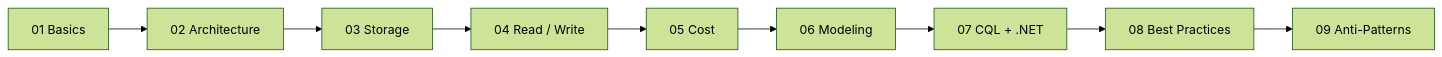
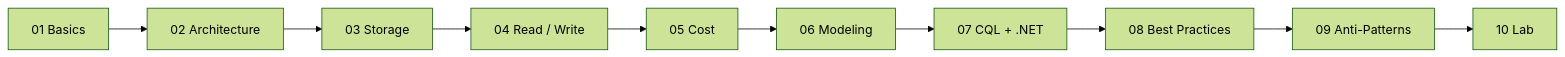
Before and after one commit to wesamkhateeb98-creator/cassandra-guide: the diagram in README.md, drawn with Mermaid (forest theme). The commit also changed other lines of this file and 3 other files, not shown here.

````diff
--- a/README.md
+++ b/README.md
@@ -12,6 +12,6 @@
 ```mermaid
 flowchart LR
     A[01 Basics] --> B[02 Architecture] --> C[03 Storage] --> D[04 Read / Write]
     D --> E[05 Cost] --> F[06 Modeling] --> G[07 CQL + .NET]
-    G --> H[08 Best Practices] --> I[09 Anti-Patterns]
+    G --> H[08 Best Practices] --> I[09 Anti-Patterns] --> J[10 Lab]
 ```
````
